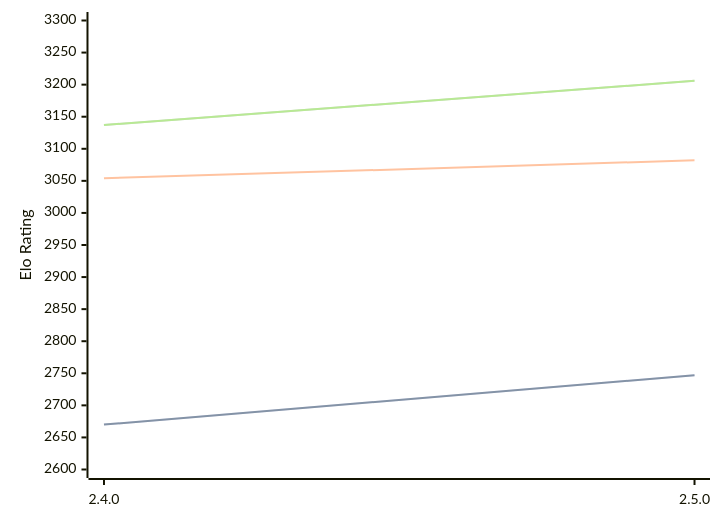
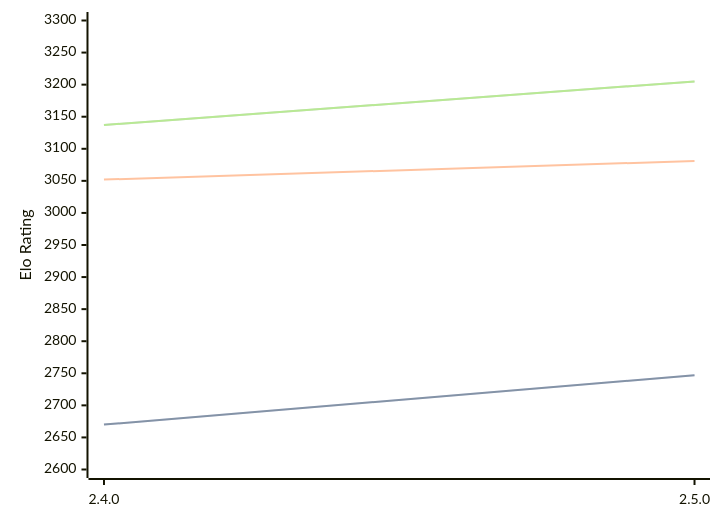
One commit to computer-chess-index/cci changed the diagram in engines/Sturddle2.md. Above: the diagram before and after it, drawn with Mermaid. The commit also changed other lines of this file, not shown here.

Commit message:
Update CCI Ratings (ELO VLTC) - 2026-03-01

````diff
--- a/engines/Sturddle2.md
+++ b/engines/Sturddle2.md
@@ -35,11 +35,11 @@
 ```mermaid
 %%{init: {"theme":"base","themeVariables":{"seriesColors:['#a3a3a3','#222221','#faa371']}}}%%
 xychart-beta
   x-axis ["2.4.0", "2.5.0"]
   y-axis "Elo Rating" 2600 --> 3300
   line "STC (8.0+0.08s)" [2670, 2747]
   line "STC (8.0+0.08s)" [2670, 2747]
-  line "LTC (60.0+0.60s)" [3054, 3082]
-  line "VLTC (2m24s+1.12s)" [3137, 3206]
-  line "VLTC (2m24s+1.12s)" [3137, 3206]
+  line "LTC (60.0+0.60s)" [3052, 3081]
+  line "VLTC (2m24s+1.12s)" [3137, 3205]
+  line "VLTC (2m24s+1.12s)" [3137, 3205]
 ```
````
